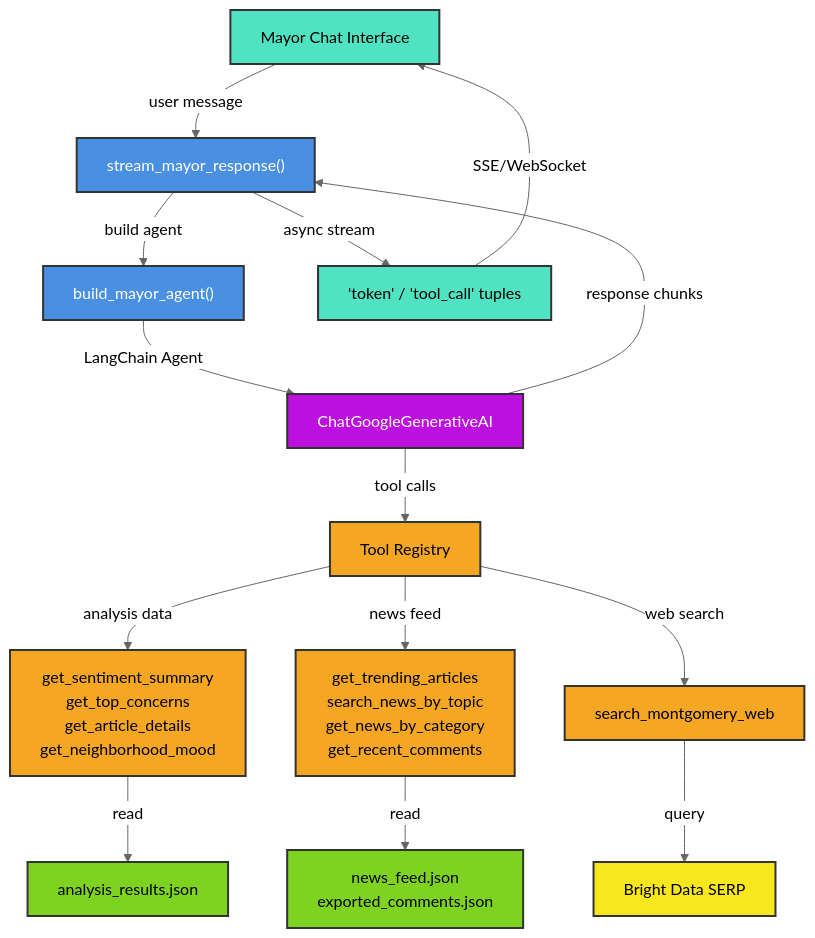
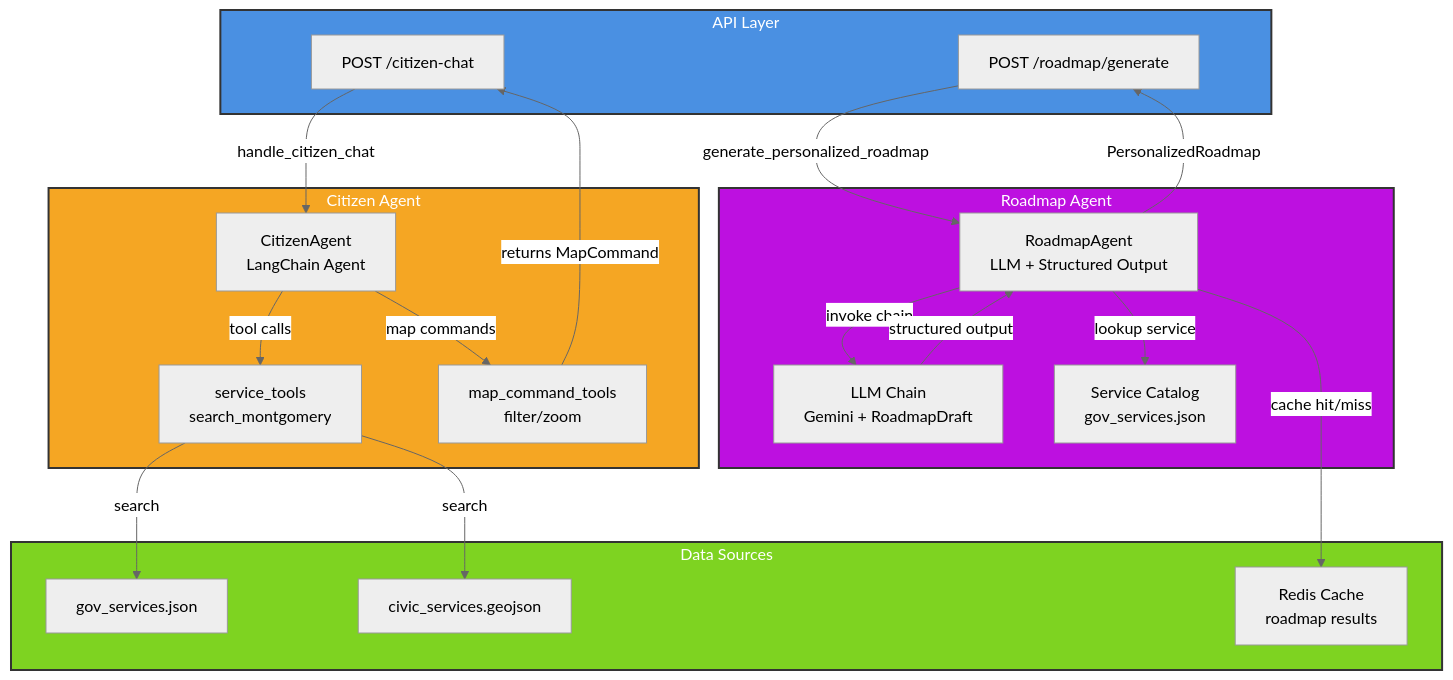
Before and after one commit to h19overflow/pegasus: the first of 3 diagrams in backend/agents/README.md, drawn with Mermaid (neutral theme). The commit also changed other lines of this file and 8 other files, not shown here.

````diff
--- a/backend/agents/README.md
+++ b/backend/agents/README.md
@@ -17,27 +9,44 @@
 ```mermaid
 graph TD
-    A["Mayor Chat Interface"]:::ui -->|user message| B["stream_mayor_response()"]:::core
-    B -->|build agent| C["build_mayor_agent()"]:::core
-    C -->|LangChain Agent| D["ChatGoogleGenerativeAI"]:::llm
-    D -->|tool calls| E["Tool Registry"]:::tools
+    subgraph API["API Layer"]
+        CCR["POST /citizen-chat"]
+        RR["POST /roadmap/generate"]
+    end
 
-    E -->|analysis data| F["get_sentiment_summary<br/>get_top_concerns<br/>get_article_details<br/>get_neighborhood_mood"]:::tools
-    E -->|news feed| G["get_trending_articles<br/>search_news_by_topic<br/>get_news_by_category<br/>get_recent_comments"]:::tools
-    E -->|web search| H["search_montgomery_web"]:::tools
+    subgraph Citizens["Citizen Agent"]
+        CA["CitizenAgent<br/>LangChain Agent"]
+        ST["service_tools<br/>search_montgomery"]
+        MT["map_command_tools<br/>filter/zoom"]
+    end
 
-    F -->|read| I["analysis_results.json"]:::data
-    G -->|read| J["news_feed.json<br/>exported_comments.json"]:::data
-    H -->|query| K["Bright Data SERP"]:::external
+    subgraph Roadmap["Roadmap Agent"]
+        RA["RoadmapAgent<br/>LLM + Structured Output"]
+        LM["LLM Chain<br/>Gemini + RoadmapDraft"]
+        SC["Service Catalog<br/>gov_services.json"]
+    end
 
-    D -->|response chunks| B
-    B -->|async stream| L["'token' / 'tool_call' tuples"]:::output
-    L -->|SSE/WebSocket| A
+    subgraph Data["Data Sources"]
+        GS["gov_services.json"]
+        CS["civic_services.geojson"]
+        REDIS["Redis Cache<br/>roadmap results"]
+    end
 
-    classDef ui fill:#50E3C2,stroke:#333,stroke-width:2px,color:#000
-    classDef core fill:#4A90E2,stroke:#333,stroke-width:2px,color:#fff
-    classDef llm fill:#BD10E0,stroke:#333,stroke-width:2px,color:#fff
-    classDef tools fill:#F5A623,stroke:#333,stroke-width:2px,color:#000
-    classDef data fill:#7ED321,stroke:#333,stroke-width:2px,color:#000
-    classDef external fill:#F8E71C,stroke:#333,stroke-width:2px,color:#000
-    classDef output fill:#50E3C2,stroke:#333,stroke-width:2px,color:#000
+    CCR -->|handle_citizen_chat| CA
+    CA -->|tool calls| ST
+    CA -->|map commands| MT
+    ST -->|search| GS
+    ST -->|search| CS
+    MT -->|returns MapCommand| CCR
+
+    RR -->|generate_personalized_roadmap| RA
+    RA -->|lookup service| SC
+    RA -->|invoke chain| LM
+    LM -->|structured output| RA
+    RA -->|cache hit/miss| REDIS
+    RA -->|PersonalizedRoadmap| RR
+
+    style API fill:#4A90E2,stroke:#333,stroke-width:2px,color:#fff
+    style Citizens fill:#F5A623,stroke:#333,stroke-width:2px,color:#fff
+    style Roadmap fill:#BD10E0,stroke:#333,stroke-width:2px,color:#fff
+    style Data fill:#7ED321,stroke:#333,stroke-width:2px,color:#fff
 ```
````
